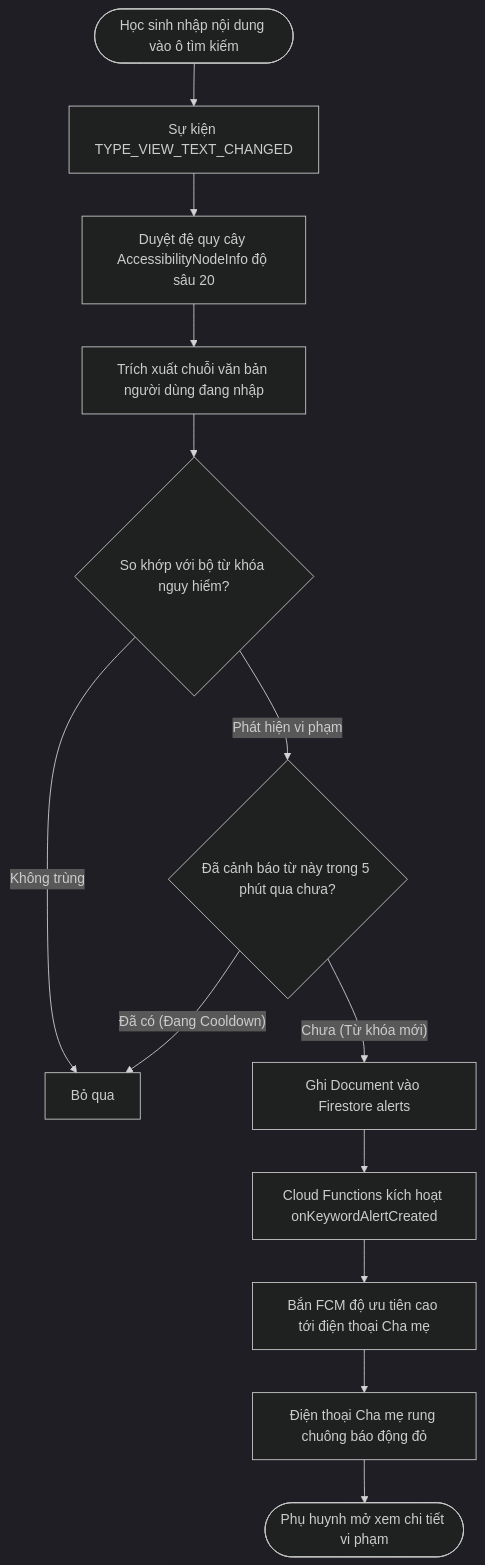
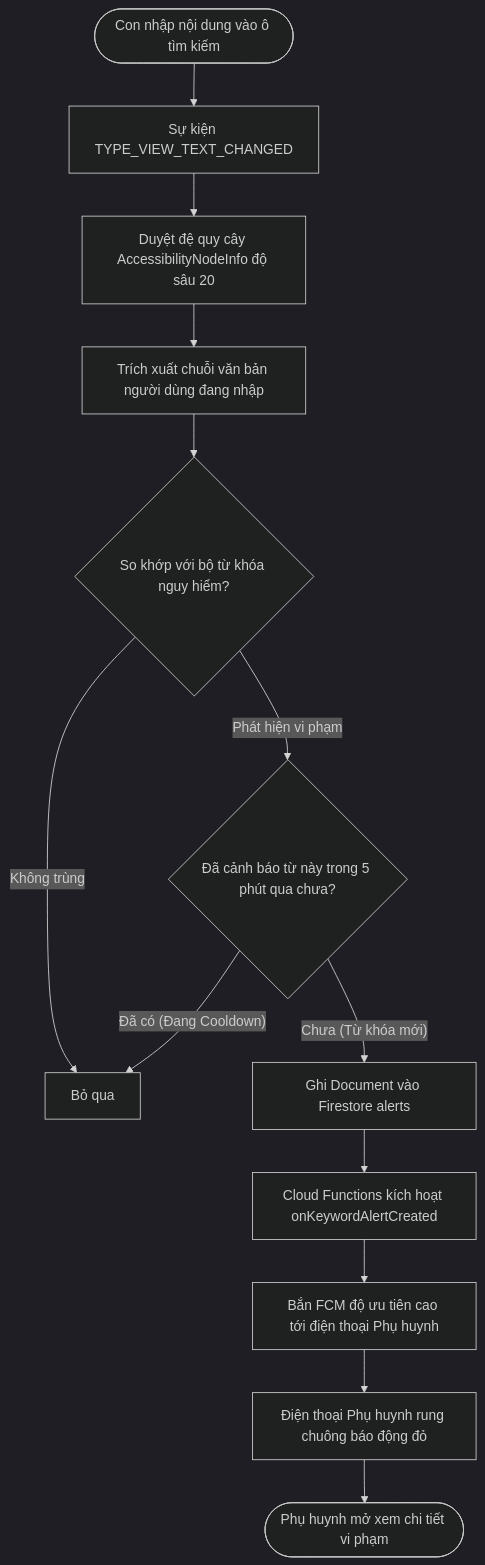
One commit to minhduc01168/KidGuardian-THPT changed the eighth of 20 diagrams in docs/Kura_Technical_Analysis.md. Above: the diagram before and after it, drawn with Mermaid (dark theme). The commit also changed other lines of this file, not shown here.

Commit message:
docs: standardize terminology to Kura, Phụ huynh and Con, align diagrams with codebase

````diff
--- a/docs/Kura_Technical_Analysis.md
+++ b/docs/Kura_Technical_Analysis.md
@@ -629,18 +629,18 @@
 ```mermaid
 flowchart TD
-    StartKW([Học sinh nhập nội dung vào ô tìm kiếm]) --> TextEvent[Sự kiện TYPE_VIEW_TEXT_CHANGED]
-    TextEvent --> TraverseNode[Duyệt đệ quy cây AccessibilityNodeInfo độ sâu 20]
-    TraverseNode --> ExtractText[Trích xuất chuỗi văn bản người dùng đang nhập]
-    
-    ExtractText --> MatchList{So khớp với bộ từ khóa nguy hiểm?}
-    MatchList -- Không trùng --> PassKW[Bỏ qua]
-    MatchList -- Phát hiện vi phạm --> CheckCooldown{Đã cảnh báo từ này trong 5 phút qua chưa?}
-    
-    CheckCooldown -- Đã có (Đang Cooldown) --> PassKW
-    CheckCooldown -- Chưa (Từ khóa mới) --> WriteAlertDoc[Ghi Document vào Firestore alerts]
-    
-    WriteAlertDoc --> TriggerFunc[Cloud Functions kích hoạt onKeywordAlertCreated]
-    TriggerFunc --> PushUrgentFCM[Bắn FCM độ ưu tiên cao tới điện thoại Cha mẹ]
-    PushUrgentFCM --> RingAlarm[Điện thoại Cha mẹ rung chuông báo động đỏ]
-    RingAlarm --> EndKW([Phụ huynh mở xem chi tiết vi phạm])
+ StartKW([Con nhập nội dung vào ô tìm kiếm]) --> TextEvent[Sự kiện TYPE_VIEW_TEXT_CHANGED]
+ TextEvent --> TraverseNode[Duyệt đệ quy cây AccessibilityNodeInfo độ sâu 20]
+ TraverseNode --> ExtractText[Trích xuất chuỗi văn bản người dùng đang nhập]
+ 
+ ExtractText --> MatchList{So khớp với bộ từ khóa nguy hiểm?}
+ MatchList -- Không trùng --> PassKW[Bỏ qua]
+ MatchList -- Phát hiện vi phạm --> CheckCooldown{Đã cảnh báo từ này trong 5 phút qua chưa?}
+ 
+ CheckCooldown -- Đã có (Đang Cooldown) --> PassKW
+ CheckCooldown -- Chưa (Từ khóa mới) --> WriteAlertDoc[Ghi Document vào Firestore alerts]
+ 
+ WriteAlertDoc --> TriggerFunc[Cloud Functions kích hoạt onKeywordAlertCreated]
+ TriggerFunc --> PushUrgentFCM[Bắn FCM độ ưu tiên cao tới điện thoại Phụ huynh]
+ PushUrgentFCM --> RingAlarm[Điện thoại Phụ huynh rung chuông báo động đỏ]
+ RingAlarm --> EndKW([Phụ huynh mở xem chi tiết vi phạm])
 ```
````
